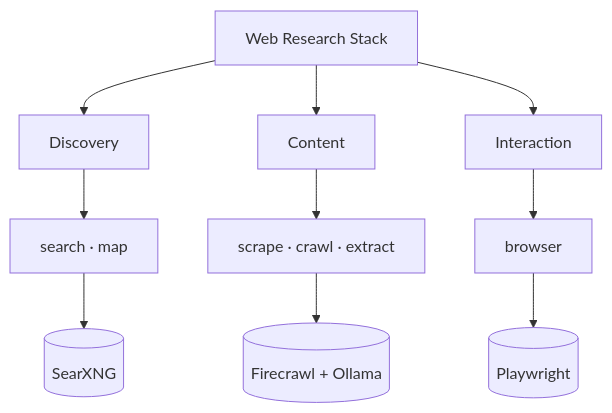
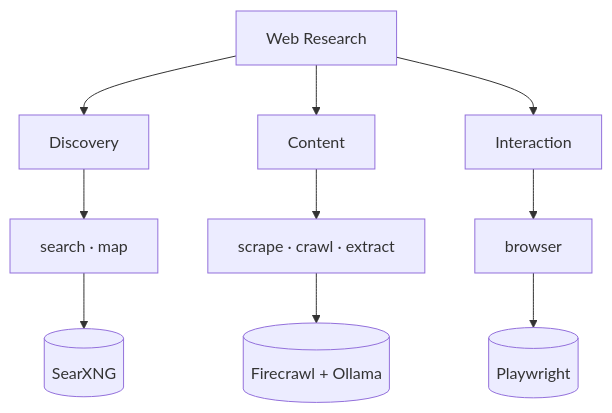
Before and after one commit to drintoul/web-research: the fifth of 5 diagrams in README.md, drawn with Mermaid. The commit also changed other lines of this file and 6 other files, not shown here.

First line of the commit message:
Update project branding from "Web Research Stack" to "Web Research" and improve documentation structure

````diff
--- a/README.md
+++ b/README.md
@@ -1488,13 +1484,13 @@
 ```mermaid
 %%{init: {'theme': 'default', 'flowchart': {'useMaxWidth': true}}}%%
 flowchart TD
-    A[Web Research Stack] --> B[Discovery]
+    A[Web Research] --> B[Discovery]
     A --> C[Content]
     A --> D[Interaction]
     B --> E[search · map]
     C --> F[scrape · crawl · extract]
     D --> G[browser]
     E --> H[(SearXNG)]
     F --> I[(Firecrawl + Ollama)]
     G --> J[(Playwright)]
 ```
````
